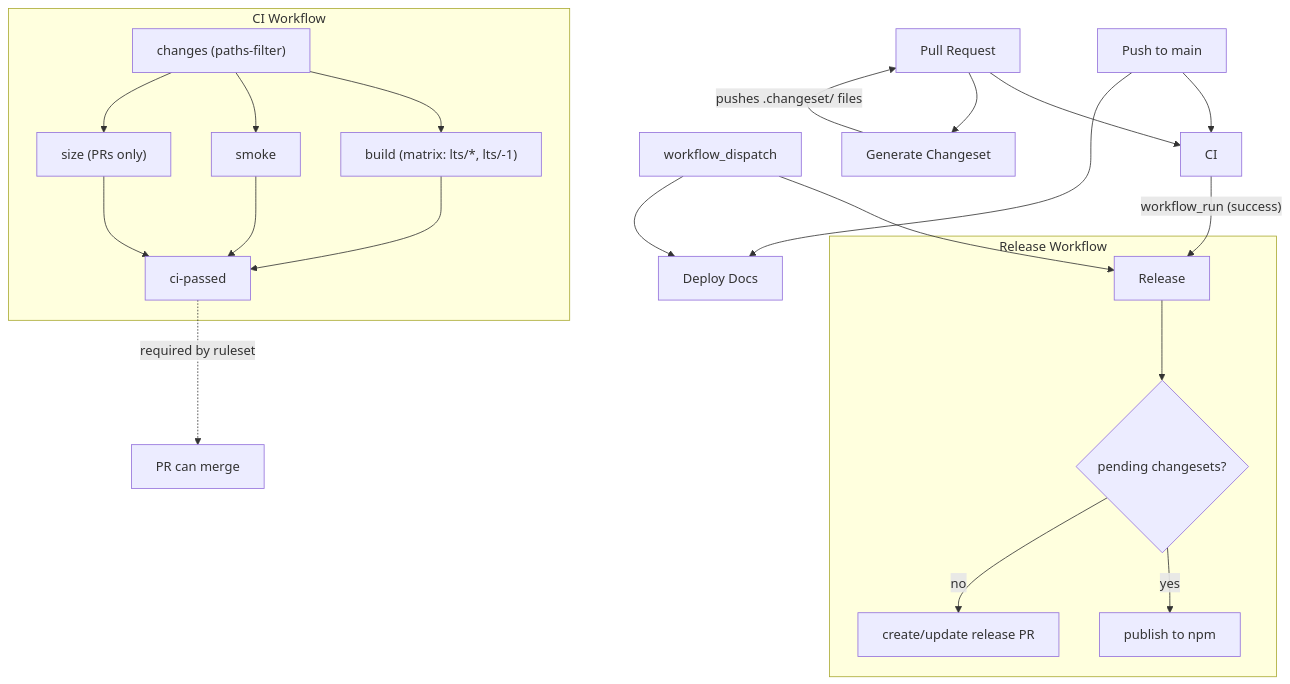
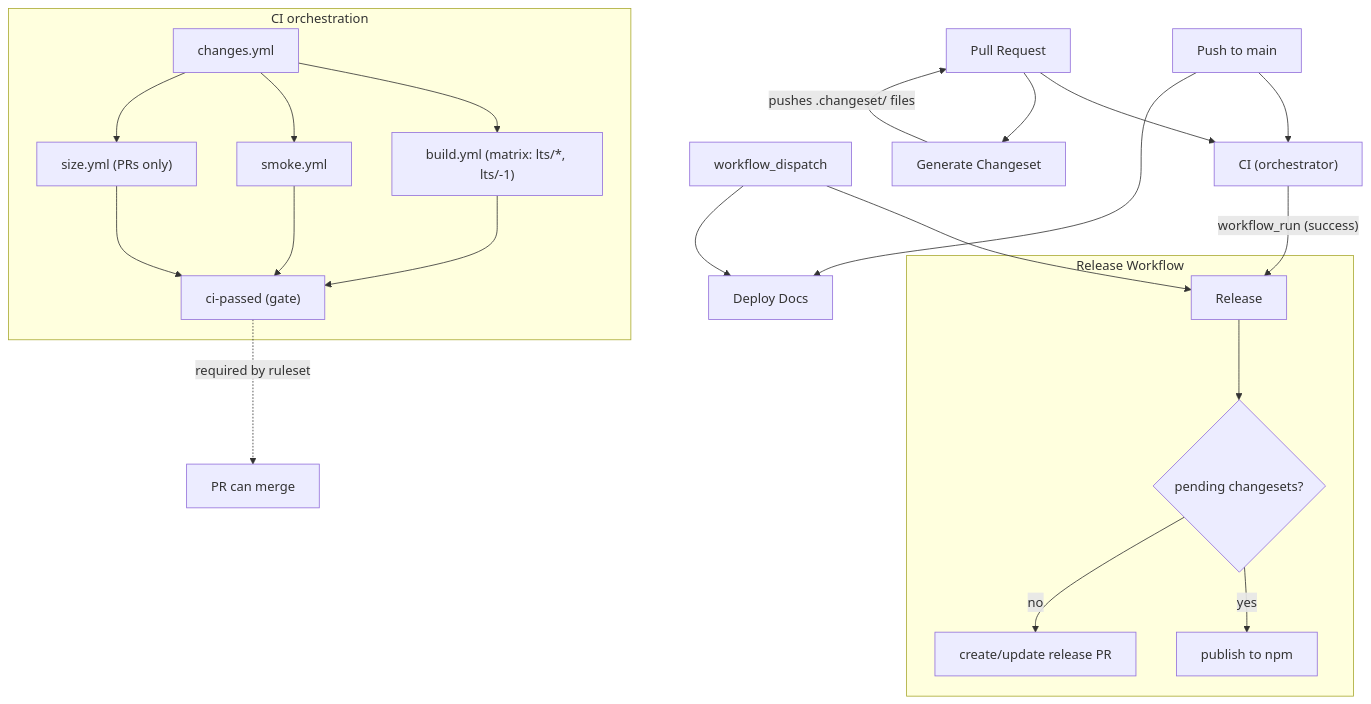
Before and after one commit to thejustinwalsh/three-flatland: the first of 2 diagrams in .github/workflows/README.md, drawn with Mermaid. The commit also changed other lines of this file and 6 other files, not shown here.

````diff
--- a/.github/workflows/README.md
+++ b/.github/workflows/README.md
@@ -5,31 +5,31 @@
 ```mermaid
 graph TD
-    PR["Pull Request"] --> CI["CI"]
+    PR["Pull Request"] --> CI["CI (orchestrator)"]
     PR --> Changeset["Generate Changeset"]
     Changeset -->|"pushes .changeset/ files"| PR
 
     Push["Push to main"] --> CI
     Push --> Docs["Deploy Docs"]
 
     CI -->|"workflow_run (success)"| Release["Release"]
     Manual["workflow_dispatch"] --> Release
     Manual --> Docs
 
-    subgraph "CI Workflow"
-        Changes["changes (paths-filter)"]
-        Changes --> Build["build (matrix: lts/*, lts/-1)"]
-        Changes --> Smoke["smoke"]
-        Changes --> Size["size (PRs only)"]
-        Build --> Gate["ci-passed"]
+    subgraph "CI orchestration"
+        Changes["changes.yml"]
+        Changes --> Build["build.yml (matrix: lts/*, lts/-1)"]
+        Changes --> Smoke["smoke.yml"]
+        Changes --> Size["size.yml (PRs only)"]
+        Build --> Gate["ci-passed (gate)"]
         Smoke --> Gate
         Size --> Gate
     end
 
     Gate -.->|"required by ruleset"| Merge["PR can merge"]
 
     subgraph "Release Workflow"
         Release --> Changesets{"pending changesets?"}
         Changesets -->|yes| Publish["publish to npm"]
         Changesets -->|no| ReleasePR["create/update release PR"]
     end
 ```
````
